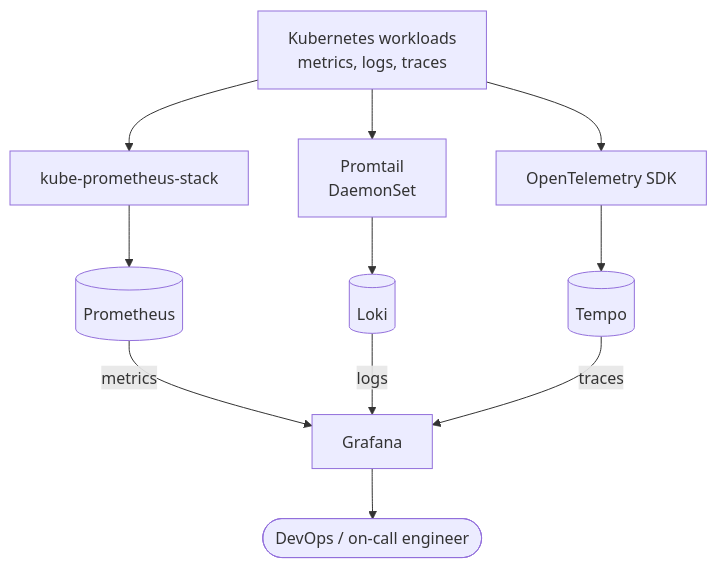
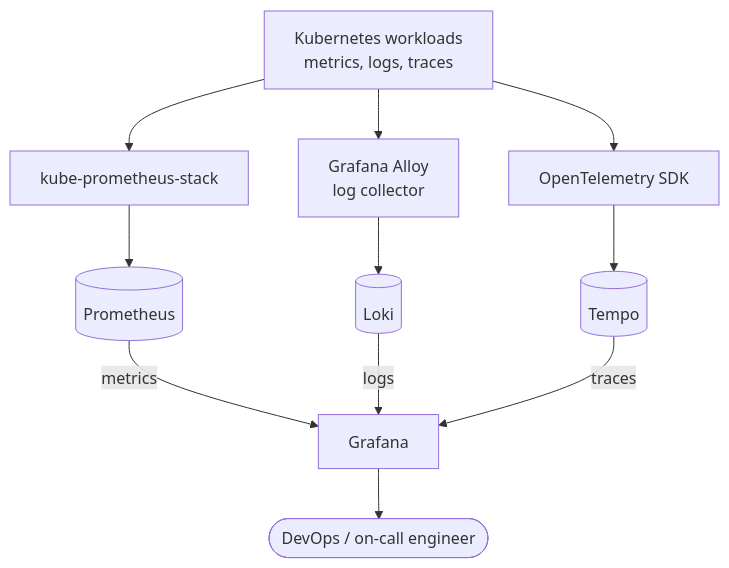
Before and after one commit to meetbrij/prod-grade-e2e-devsecops-pipeline: the third of 8 diagrams in README.md, drawn with Mermaid. The commit also changed other lines of this file and 22 other files, not shown here.

````diff
--- a/README.md
+++ b/README.md
@@ -153,14 +153,14 @@
 ```mermaid
 flowchart TD
     W[Kubernetes workloads<br/>metrics, logs, traces]
     W --> KPS[kube-prometheus-stack]
-    W --> PT[Promtail<br/>DaemonSet]
+    W --> PT[Grafana Alloy<br/>log collector]
     W --> OT[OpenTelemetry SDK]
     KPS --> P[(Prometheus)]
     PT --> L[(Loki)]
     OT --> T[(Tempo)]
     P -->|metrics| G[Grafana]
     L -->|logs| G
     T -->|traces| G
     G --> ENG([DevOps / on-call engineer])
 ```
````
